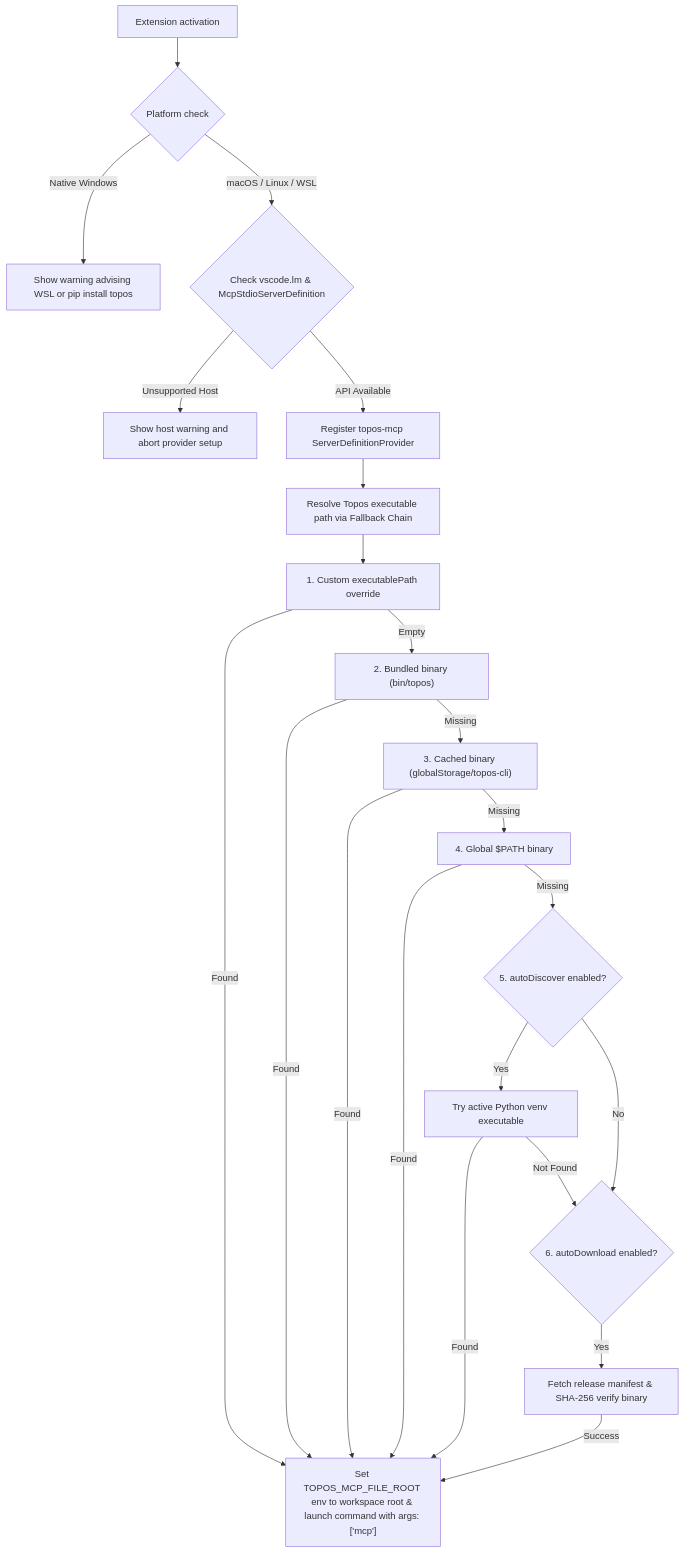
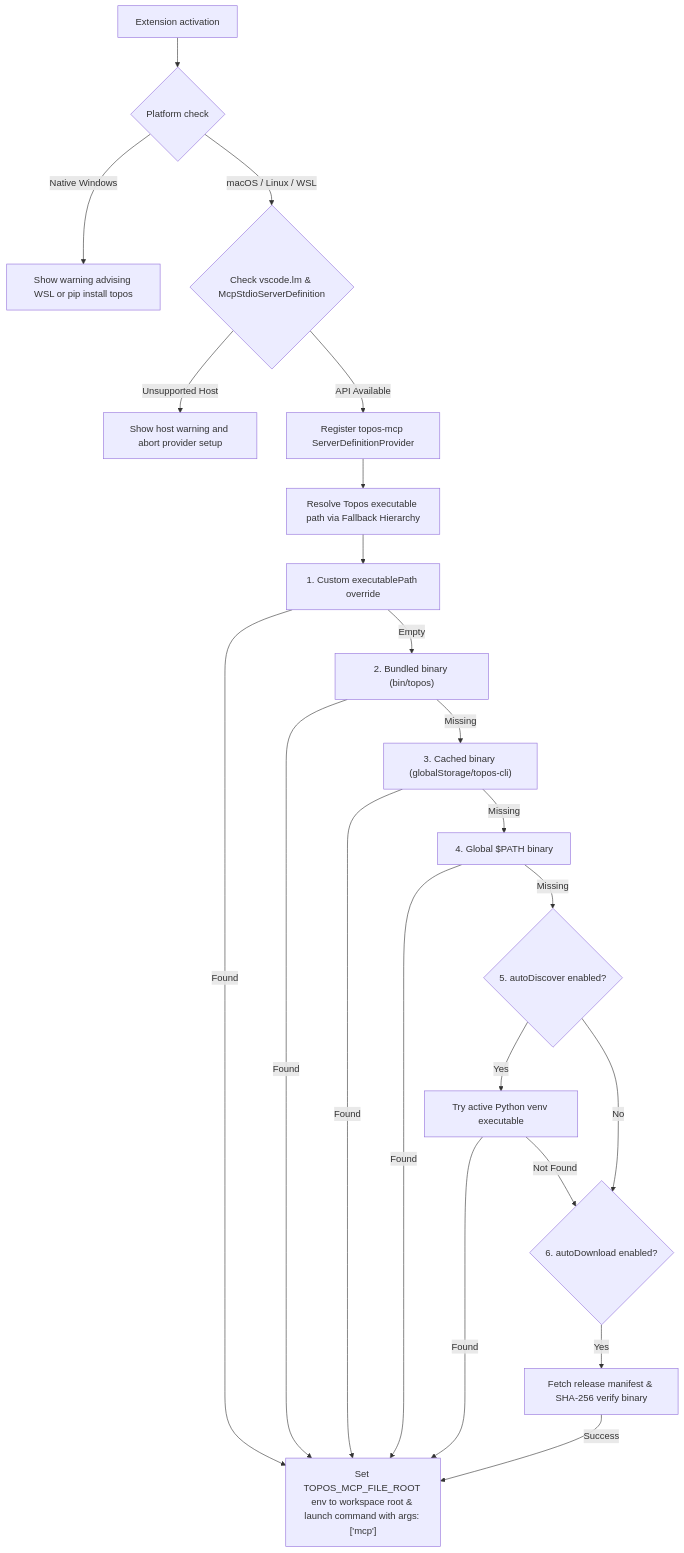
One commit to Krv-Labs/topos changed the second of 4 diagrams in openwiki/workflows/harness-registration.md. Above: the diagram before and after it, drawn with Mermaid. The commit also changed other lines of this file and 20 other files, not shown here.

````diff
--- a/openwiki/workflows/harness-registration.md
+++ b/openwiki/workflows/harness-registration.md
@@ -111,27 +111,27 @@
 ```mermaid
 flowchart TD
     Activate["Extension activation"] --> CheckPlatform{"Platform check"}
     CheckPlatform -- Native Windows --> WarnWin["Show warning advising WSL or pip install topos"]
     CheckPlatform -- macOS / Linux / WSL --> CheckApi{"Check vscode.lm & McpStdioServerDefinition"}
     CheckApi -- Unsupported Host --> WarnApi["Show host warning and abort provider setup"]
     CheckApi -- API Available --> RegProvider["Register topos-mcp ServerDefinitionProvider"]
     
-    RegProvider --> ResolveExec["Resolve Topos executable path via Fallback Chain"]
+    RegProvider --> ResolveExec["Resolve Topos executable path via Fallback Hierarchy"]
     ResolveExec --> Step1["1. Custom executablePath override"]
     Step1 -- Found --> BuildDef
     Step1 -- Empty --> Step2["2. Bundled binary (bin/topos)"]
     Step2 -- Found --> BuildDef
     Step2 -- Missing --> Step3["3. Cached binary (globalStorage/topos-cli)"]
     Step3 -- Found --> BuildDef
     Step3 -- Missing --> Step4["4. Global $PATH binary"]
     Step4 -- Found --> BuildDef
     Step4 -- Missing --> Step5{"5. autoDiscover enabled?"}
     Step5 -- Yes --> TryVenv["Try active Python venv executable"]
     TryVenv -- Found --> BuildDef
     TryVenv -- Not Found --> Step6{"6. autoDownload enabled?"}
     Step5 -- No --> Step6
     Step6 -- Yes --> DownloadBin["Fetch release manifest & SHA-256 verify binary"]
     DownloadBin -- Success --> BuildDef
     
     BuildDef["Set TOPOS_MCP_FILE_ROOT env to workspace root & launch command with args: ['mcp']"]
 ```
````
